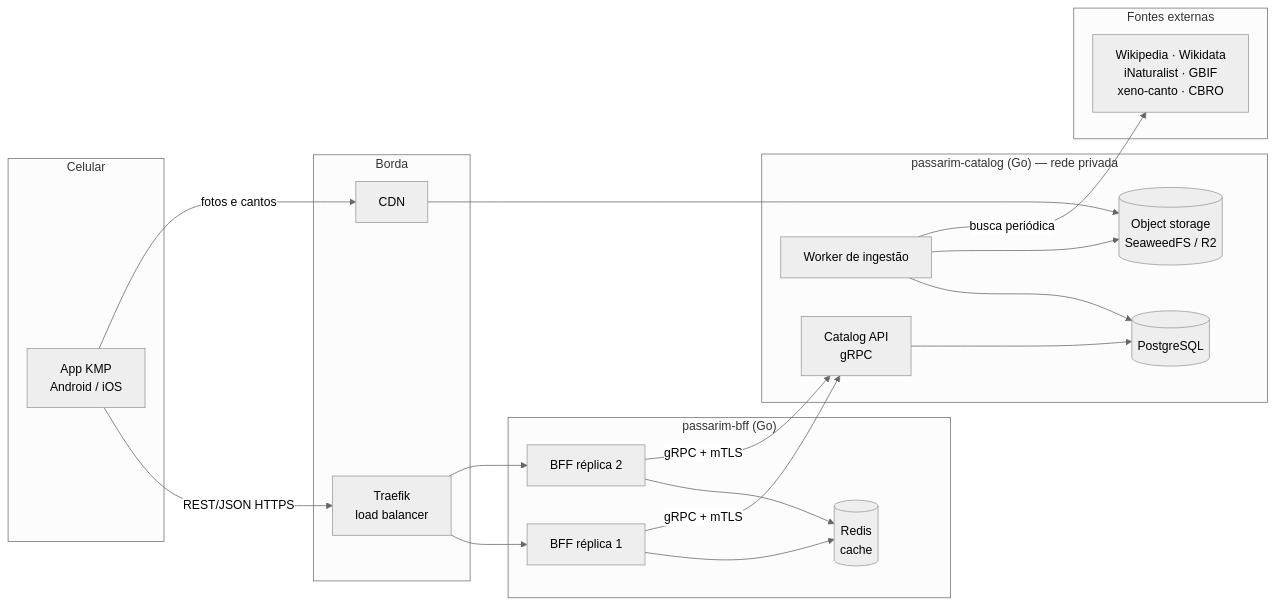
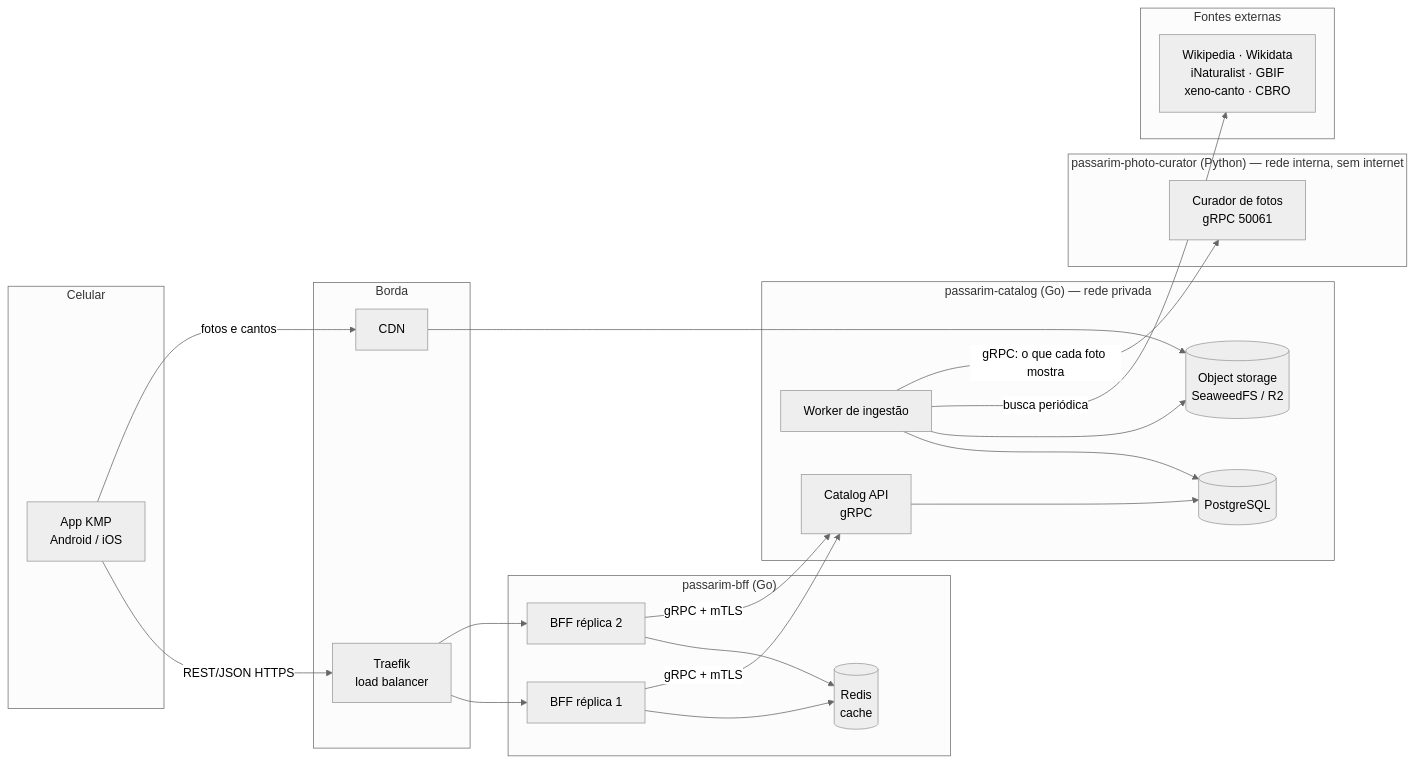
The first of 2 diagrams in README.md (velosobr/passarim-docs), drawn with Mermaid (neutral theme) before and after one commit. The commit also changed other lines of this file and 2 other files, not shown here.

First line of the commit message:
feat: curador de fotos no compose, numa rede interna só com o worker (#16)

````diff
--- a/README.md
+++ b/README.md
@@ -11,34 +11,38 @@
 ```mermaid
 flowchart LR
     subgraph Celular
         App[App KMP<br/>Android / iOS]
     end
     subgraph Borda
         LB[Traefik<br/>load balancer]
         CDN[CDN]
     end
     subgraph BFF["passarim-bff (Go)"]
         BFF1[BFF réplica 1]
         BFF2[BFF réplica 2]
         Redis[(Redis<br/>cache)]
     end
     subgraph Catalog["passarim-catalog (Go) — rede privada"]
         CAT[Catalog API<br/>gRPC]
         W[Worker de ingestão]
         PG[(PostgreSQL)]
         S3[(Object storage<br/>SeaweedFS / R2)]
     end
+    subgraph Curadoria["passarim-photo-curator (Python) — rede interna, sem internet"]
+        CUR[Curador de fotos<br/>gRPC 50061]
+    end
     subgraph Externo["Fontes externas"]
         EXT[Wikipedia · Wikidata<br/>iNaturalist · GBIF<br/>xeno-canto · CBRO]
     end
 
     App -- REST/JSON HTTPS --> LB
     LB --> BFF1 & BFF2
     BFF1 & BFF2 --> Redis
     BFF1 & BFF2 -- gRPC + mTLS --> CAT
     CAT --> PG
     W --> PG
     W --> S3
     W -- busca periódica --> EXT
+    W -- gRPC: o que cada foto mostra --> CUR
     App -- fotos e cantos --> CDN --> S3
 ```
````
